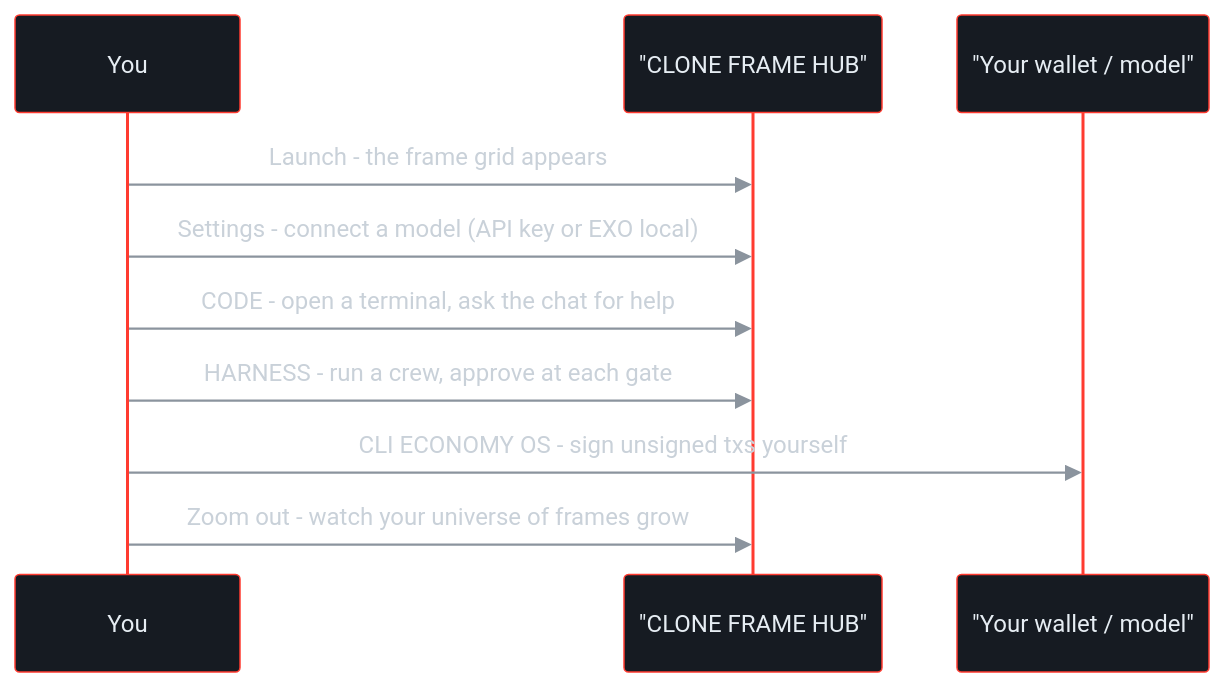
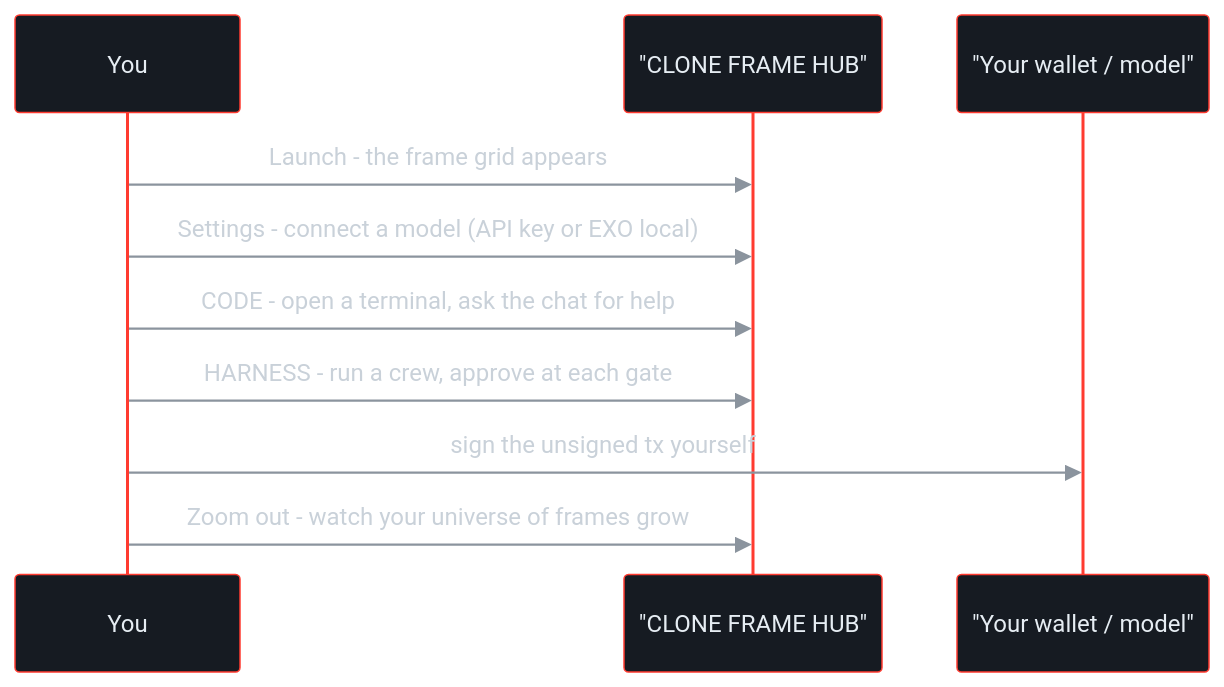
The ninth of 9 diagrams in docs/HOW-IT-WORKS.md (devclone20/cloneframe_app_executable), drawn with Mermaid before and after one commit. The commit also changed other lines of this file and 3 other files, not shown here.

````diff
--- a/docs/HOW-IT-WORKS.md
+++ b/docs/HOW-IT-WORKS.md
@@ -321,13 +259,13 @@
 ```mermaid
 %%{init: {'theme':'base','themeVariables':{'background':'#0d1117','mainBkg':'#161b22','primaryColor':'#161b22','primaryBorderColor':'#ff3b30','primaryTextColor':'#e6edf3','nodeBorder':'#30363d','nodeTextColor':'#e6edf3','lineColor':'#566070','secondaryColor':'#161b22','tertiaryColor':'#0d1117','clusterBkg':'#10151c','clusterBorder':'#30363d','titleColor':'#e6edf3','edgeLabelBackground':'#0d1117','fontFamily':'ui-monospace, SFMono-Regular, Menlo, monospace','actorBkg':'#161b22','actorBorder':'#ff3b30','actorTextColor':'#e6edf3','signalColor':'#8b949e','signalTextColor':'#c9d1d9','labelBoxBkgColor':'#161b22','labelBoxBorderColor':'#30363d','labelTextColor':'#e6edf3','loopTextColor':'#e6edf3','noteBkgColor':'#1c2028','noteBorderColor':'#e8b86d','noteTextColor':'#c9d1d9','activationBkgColor':'#30363d','activationBorderColor':'#8b949e','sequenceNumberColor':'#0d1117'}}}%%
 sequenceDiagram
   participant You
   participant App as "CLONE FRAME HUB"
   participant Wallet as "Your wallet / model"
   You->>App: Launch - the frame grid appears
   You->>App: Settings - connect a model (API key or EXO local)
   You->>App: CODE - open a terminal, ask the chat for help
   You->>App: HARNESS - run a crew, approve at each gate
-  You->>Wallet: CLI ECONOMY OS - sign unsigned txs yourself
+  You->>Wallet: sign the unsigned tx yourself
   You->>App: Zoom out - watch your universe of frames grow
 ```
````
